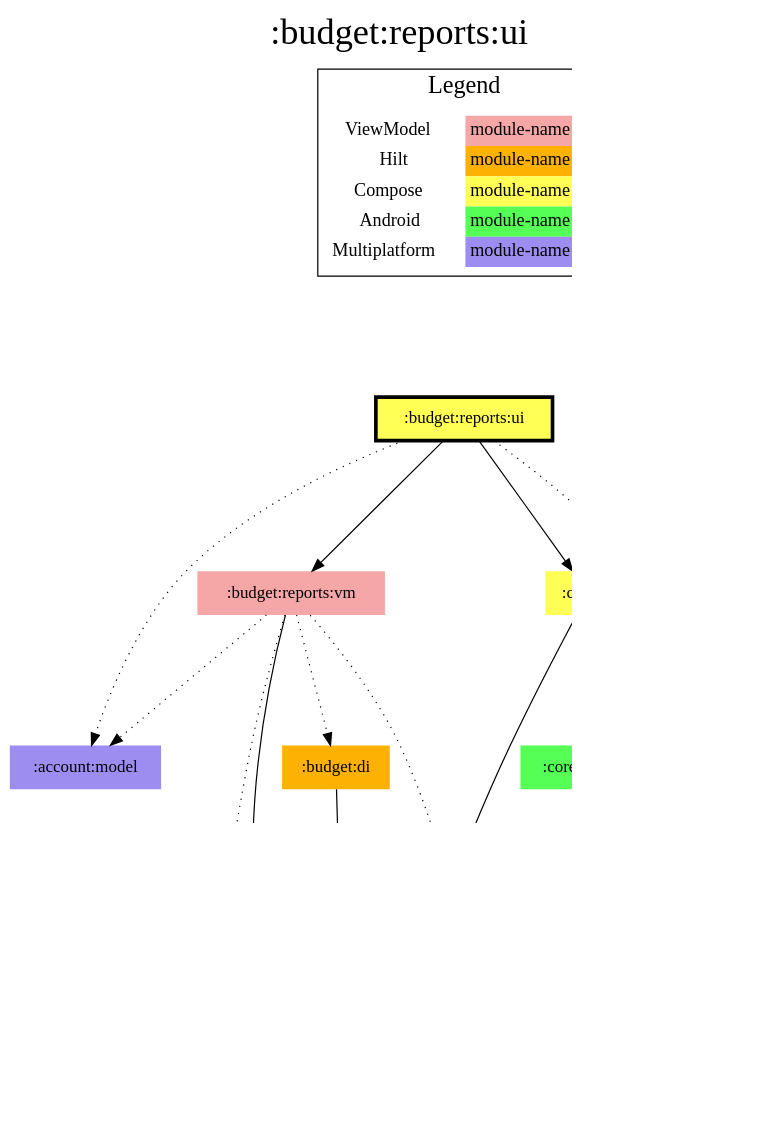
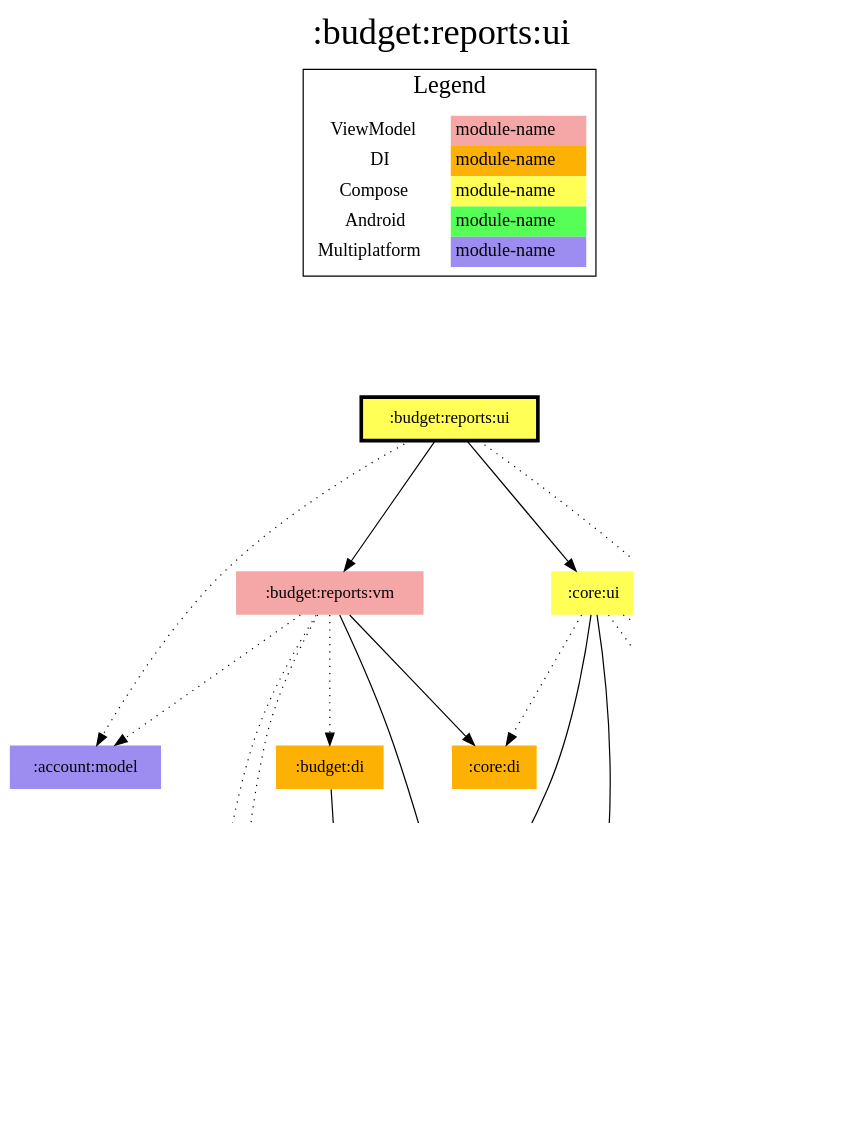
One commit to jonapoul/aktual changed the diagram in modules/budget/reports/ui/modules.dot. Above: the diagram before and after it, drawn with Graphviz. The commit also changed 217 other files, not shown here.

```diff
--- a/modules/budget/reports/ui/modules.dot
+++ b/modules/budget/reports/ui/modules.dot
@@ -1,51 +1,54 @@
 digraph {
 edge ["dir"="forward"]
 graph ["dpi"="100","label"=":budget:reports:ui","labelloc"="t","fontsize"="30","ranksep"="1.5","rankdir"="TB"]
 node ["style"="filled"]
 ":account:model" ["fillcolor"="#9D8DF1","shape"="none"]
 ":budget:data" ["fillcolor"="#9D8DF1","shape"="none"]
 ":budget:di" ["fillcolor"="#FCB103","shape"="none"]
 ":budget:model" ["fillcolor"="#9D8DF1","shape"="none"]
 ":budget:reports:ui" ["fillcolor"="#FFFF55","color"="black","penwidth"="3","shape"="box"]
 ":budget:reports:vm" ["fillcolor"="#F5A6A6","shape"="none"]
 ":core:android" ["fillcolor"="#55FF55","shape"="none"]
+":core:di" ["fillcolor"="#FCB103","shape"="none"]
 ":core:model" ["fillcolor"="#9D8DF1","shape"="none"]
 ":core:ui" ["fillcolor"="#FFFF55","shape"="none"]
 ":l10n" ["fillcolor"="#9D8DF1","shape"="none"]
 ":logging" ["fillcolor"="#9D8DF1","shape"="none"]
 {
 edge ["dir"="none"]
 graph ["rank"="same"]
 ":budget:reports:ui"
 }
 ":budget:data" -> ":budget:model"
 ":budget:data" -> ":core:model"
 ":budget:data" -> ":logging" ["style"="dotted"]
 ":budget:di" -> ":budget:data"
 ":budget:reports:ui" -> ":account:model" ["style"="dotted"]
 ":budget:reports:ui" -> ":budget:reports:vm"
 ":budget:reports:ui" -> ":core:ui"
 ":budget:reports:ui" -> ":l10n" ["style"="dotted"]
 ":budget:reports:vm" -> ":account:model" ["style"="dotted"]
 ":budget:reports:vm" -> ":budget:di" ["style"="dotted"]
 ":budget:reports:vm" -> ":budget:model"
+":budget:reports:vm" -> ":core:di"
 ":budget:reports:vm" -> ":core:model" ["style"="dotted"]
 ":budget:reports:vm" -> ":logging" ["style"="dotted"]
 ":core:ui" -> ":budget:model"
 ":core:ui" -> ":core:android" ["style"="dotted"]
+":core:ui" -> ":core:di" ["style"="dotted"]
 ":core:ui" -> ":core:model"
 ":core:ui" -> ":l10n" ["style"="dotted"]
 subgraph "cluster_legend" {
 edge ["dir"="none"]
 graph ["label"="Legend","fontsize"="20"]
 "Legend" ["style"="filled","fillcolor"="#FFFFFF","shape"="none","margin"="0","fontsize"="15","label"=<
 <TABLE BORDER="0" CELLBORDER="0" CELLSPACING="0" CELLPADDING="4">
 <TR><TD>ViewModel</TD><TD BGCOLOR="#F5A6A6">module-name</TD></TR>
-<TR><TD>Hilt</TD><TD BGCOLOR="#FCB103">module-name</TD></TR>
+<TR><TD>DI</TD><TD BGCOLOR="#FCB103">module-name</TD></TR>
 <TR><TD>Compose</TD><TD BGCOLOR="#FFFF55">module-name</TD></TR>
 <TR><TD>Android</TD><TD BGCOLOR="#55FF55">module-name</TD></TR>
 <TR><TD>Multiplatform</TD><TD BGCOLOR="#9D8DF1">module-name</TD></TR>
 </TABLE>
 >]
 } -> ":budget:reports:ui" ["style"="invis"]
 }
```
